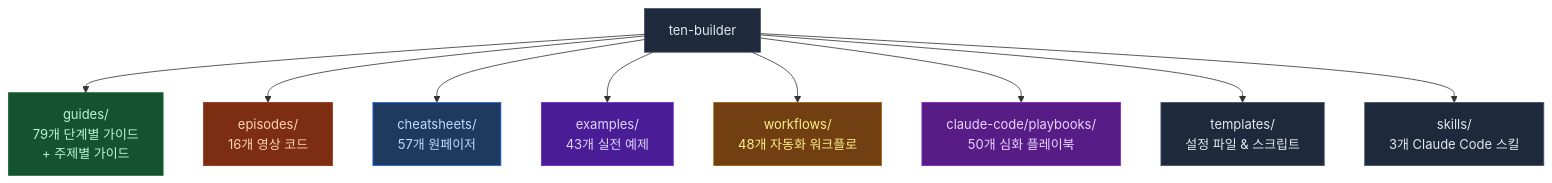
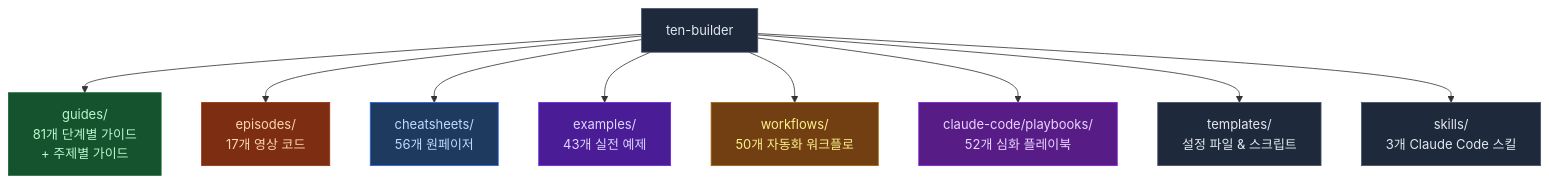
One commit to ten-builder/ten-builder changed the first of 2 diagrams in README.md. Above: the diagram before and after it, drawn with Mermaid. The commit also changed other lines of this file, not shown here.

Commit message:
docs: README sync -- guides 79, episodes 17, workflows 50, playbooks 52, new example

````diff
--- a/README.md
+++ b/README.md
@@ -23,21 +23,21 @@
 ```mermaid
 flowchart TD
-    R["ten-builder"] --> G["guides/\n79개 단계별 가이드\n+ 주제별 가이드"]
-    R --> E["episodes/\n16개 영상 코드"]
-    R --> C["cheatsheets/\n57개 원페이저"]
+    R["ten-builder"] --> G["guides/\n81개 단계별 가이드\n+ 주제별 가이드"]
+    R --> E["episodes/\n17개 영상 코드"]
+    R --> C["cheatsheets/\n56개 원페이저"]
     R --> EX["examples/\n43개 실전 예제"]
-    R --> W["workflows/\n48개 자동화 워크플로"]
-    R --> P["claude-code/playbooks/\n50개 심화 플레이북"]
+    R --> W["workflows/\n50개 자동화 워크플로"]
+    R --> P["claude-code/playbooks/\n52개 심화 플레이북"]
     R --> T["templates/\n설정 파일 & 스크립트"]
     R --> S["skills/\n3개 Claude Code 스킬"]
 
     style R fill:#1e293b,stroke:#475569,color:#e2e8f0
     style G fill:#14532d,stroke:#166534,color:#bbf7d0
     style E fill:#7c2d12,stroke:#9a3412,color:#fed7aa
     style C fill:#1e3a5f,stroke:#2563eb,color:#bfdbfe
     style EX fill:#4a1d96,stroke:#6d28d9,color:#ddd6fe
     style W fill:#713f12,stroke:#a16207,color:#fef08a
     style P fill:#581c87,stroke:#7e22ce,color:#e9d5ff
     style T fill:#1e293b,stroke:#475569,color:#e2e8f0
     style S fill:#1e293b,stroke:#475569,color:#e2e8f0
 ```
````
